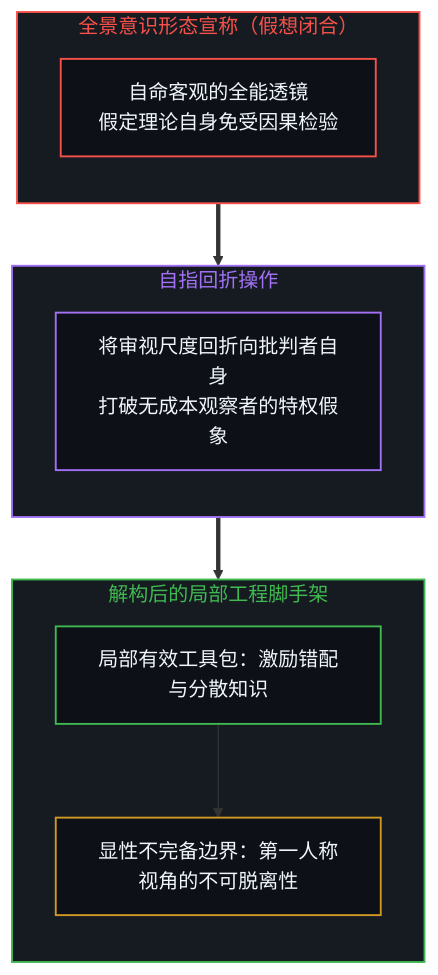
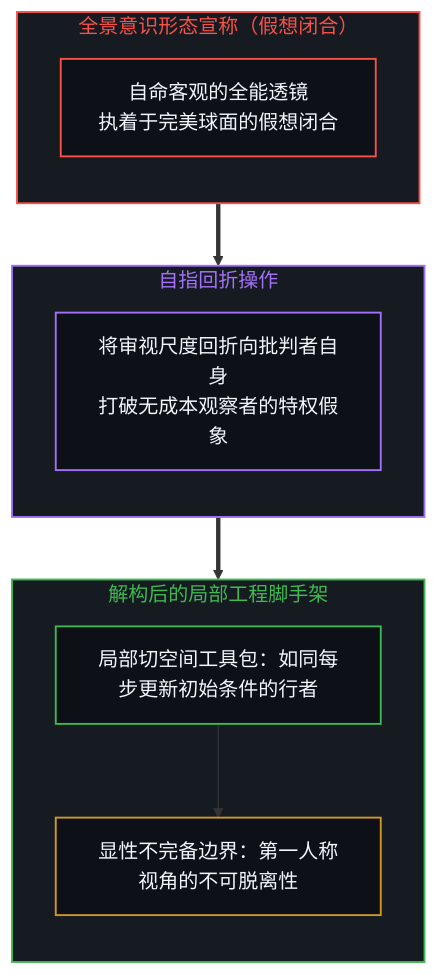
Before and after one commit to powerpig99/not-a-toe: the seventh of 8 diagrams in content/posts/the-unexamined-critic.md, drawn with Mermaid. The commit also changed other lines of this file and 5 other files, not shown here.

````diff
--- a/content/posts/the-unexamined-critic.md
+++ b/content/posts/the-unexamined-critic.md
@@ -211,33 +211,33 @@
 ```mermaid
 flowchart TD
     classDef default fill:#0d1117,stroke:#30363d,stroke-width:1px,color:#f0f6fc;
     classDef mind fill:#0d1117,stroke:#3fb950,stroke-width:1.5px,color:#f0f6fc;
     classDef warn fill:#0d1117,stroke:#d29922,stroke-width:1.5px,color:#f0f6fc;
     classDef fail fill:#0d1117,stroke:#f85149,stroke-width:1.5px,color:#f0f6fc;
     classDef model fill:#0d1117,stroke:#58a6ff,stroke-width:1.5px,color:#f0f6fc;
     classDef purple fill:#0d1117,stroke:#a371f7,stroke-width:1.5px,color:#f0f6fc;
 
     subgraph S_Dogma ["全景意识形态宣称（假想闭合）"]
         direction TB
-        TotalClaim["自命客观的全能透镜<br/>假定理论自身免受因果检验"]:::fail
+        TotalClaim["自命客观的全能透镜<br/>执着于完美球面的假想闭合"]:::fail
     end
 
     subgraph S_Fold ["自指回折操作"]
         direction TB
         SelfReflect["将审视尺度回折向批判者自身<br/>打破无成本观察者的特权假象"]:::purple
     end
 
     subgraph S_Instrument ["解构后的局部工程脚手架"]
         direction TB
-        LocalTool["局部有效工具包：激励错配与分散知识"]:::mind
+        LocalTool["局部切空间工具包：如同每步更新初始条件的行者"]:::mind
         BoundSign["显性不完备边界：第一人称视角的不可脱离性"]:::warn
         LocalTool --> BoundSign
     end
 
     S_Dogma ==> S_Fold
     S_Fold ==> S_Instrument
 
     style S_Dogma fill:#161b22,stroke:#f85149,stroke-width:1.5px,color:#f85149
     style S_Fold fill:#161b22,stroke:#a371f7,stroke-width:1.5px,color:#a371f7
     style S_Instrument fill:#161b22,stroke:#3fb950,stroke-width:1.5px,color:#3fb950
 ```
````
